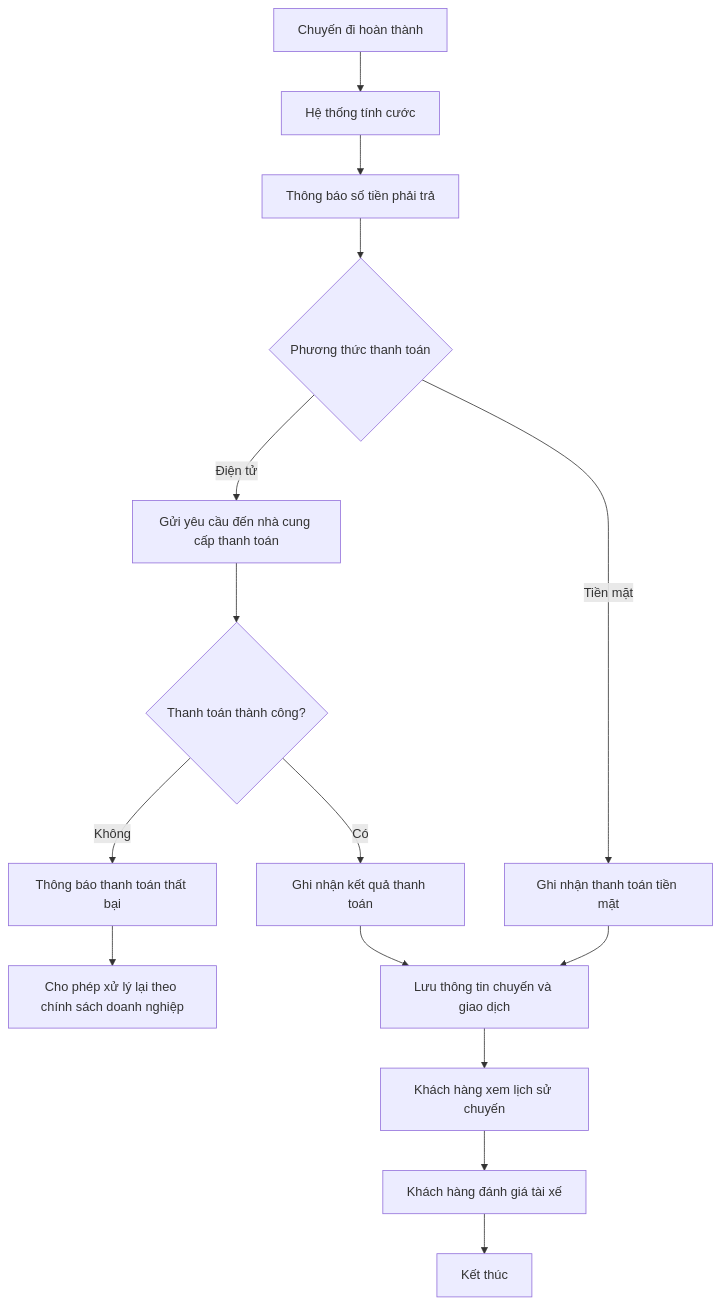
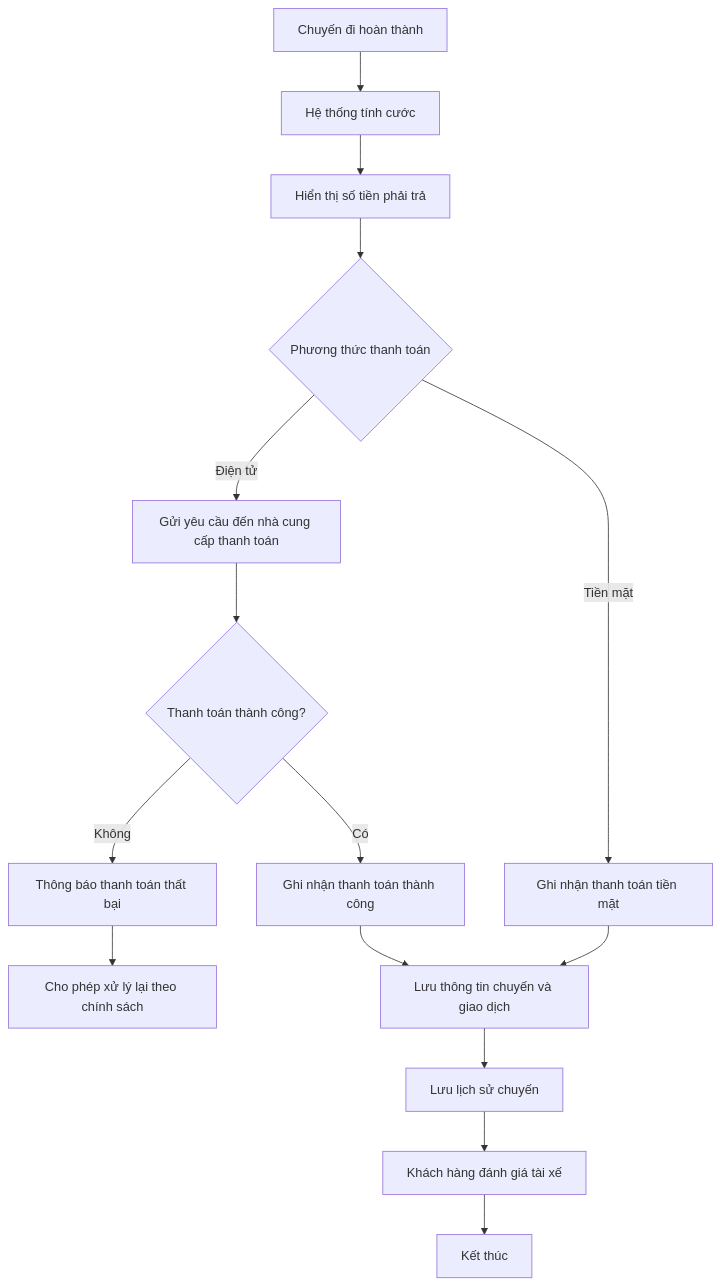
One commit to ngoclinh090608-wq/23707801_Nguyen-Thi-Ngoc-Linh_CABSYSTEM changed the third of 4 diagrams in srs.md. Above: the diagram before and after it, drawn with Mermaid. The commit also changed other lines of this file, not shown here.

````diff
--- a/srs.md
+++ b/srs.md
@@ -158,24 +140,24 @@
 ```mermaid
 flowchart TD
     A[Chuyến đi hoàn thành] --> B[Hệ thống tính cước]
-    B --> C[Thông báo số tiền phải trả]
+    B --> C[Hiển thị số tiền phải trả]
 
     C --> D{Phương thức thanh toán}
 
     D -- Tiền mặt --> E[Ghi nhận thanh toán tiền mặt]
 
     D -- Điện tử --> F[Gửi yêu cầu đến nhà cung cấp thanh toán]
     F --> G{Thanh toán thành công?}
 
     G -- Không --> H[Thông báo thanh toán thất bại]
-    H --> I[Cho phép xử lý lại theo chính sách doanh nghiệp]
+    H --> I[Cho phép xử lý lại theo chính sách]
 
-    G -- Có --> J[Ghi nhận kết quả thanh toán]
+    G -- Có --> J[Ghi nhận thanh toán thành công]
 
     E --> K[Lưu thông tin chuyến và giao dịch]
     J --> K
 
-    K --> L[Khách hàng xem lịch sử chuyến]
+    K --> L[Lưu lịch sử chuyến]
     L --> M[Khách hàng đánh giá tài xế]
     M --> N[Kết thúc]
 ```
````
